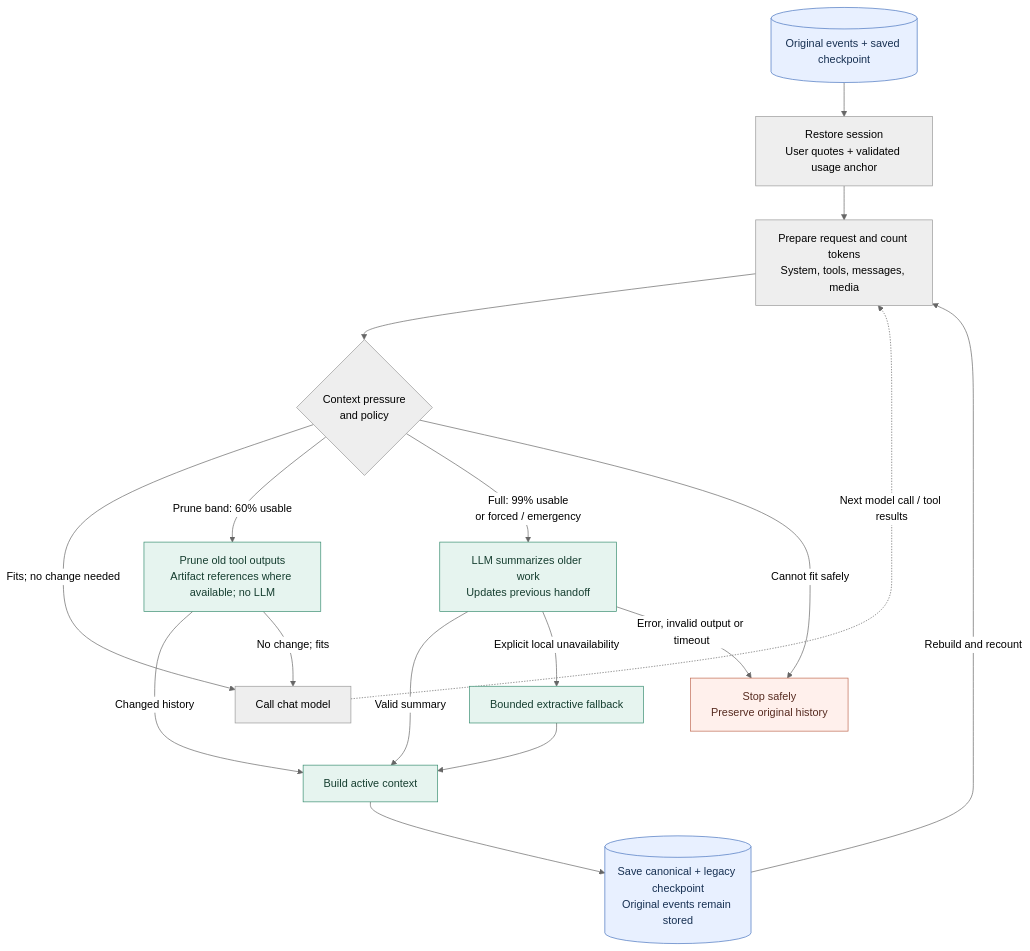
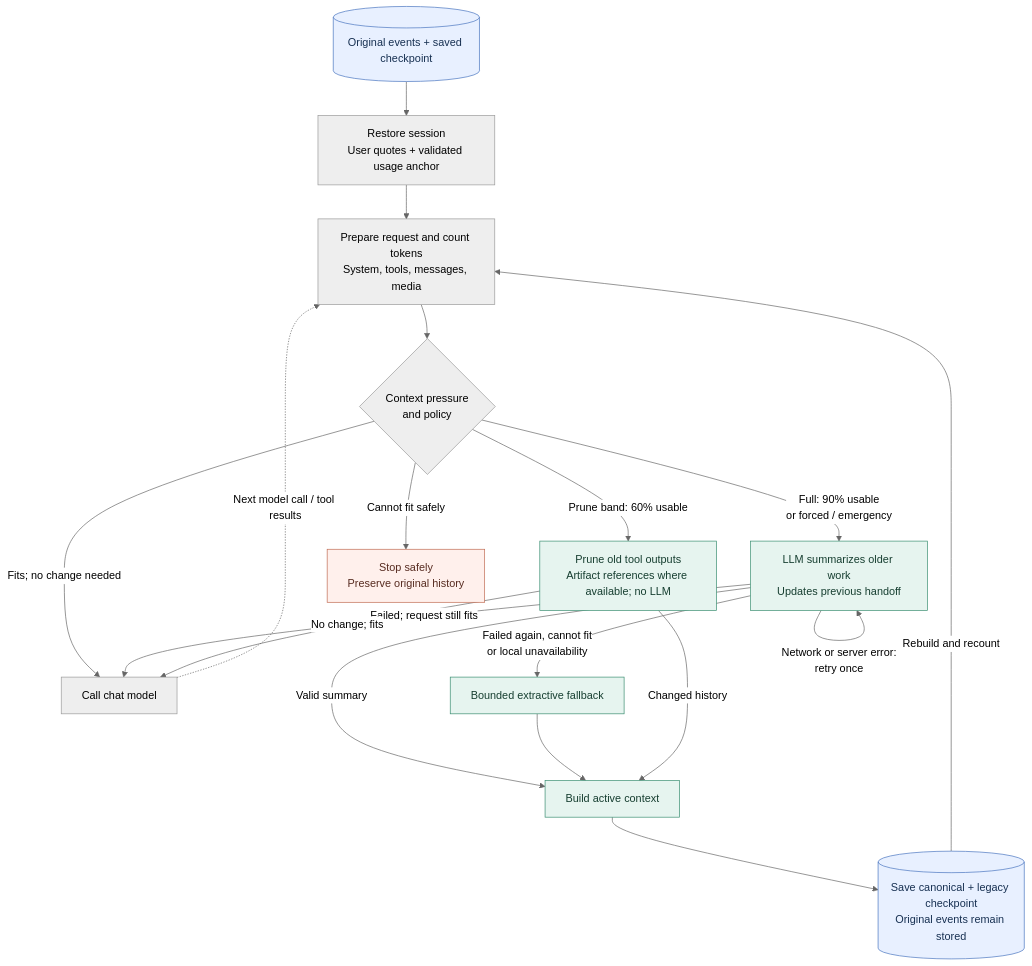
One commit to kashyaprajharsh/medha-agent changed the sixth of 8 diagrams in docs/WHAT_IS_MEDHA.md. Above: the diagram before and after it, drawn with Mermaid (neutral theme). The commit also changed other lines of this file and 129 other files, not shown here.

````diff
--- a/docs/WHAT_IS_MEDHA.md
+++ b/docs/WHAT_IS_MEDHA.md
@@ -1956,33 +1956,34 @@
 ```mermaid
 flowchart TD
     A[("Original events + saved checkpoint")]
     B["Restore session<br/>User quotes + validated usage anchor"]
     C["Prepare request and count tokens<br/>System, tools, messages, media"]
     D{"Context pressure<br/>and policy"}
 
     A --> B --> C --> D
 
     D -->|"Fits; no change needed"| SEND["Call chat model"]
     D -->|"Prune band: 60% usable"| P["Prune old tool outputs<br/>Artifact references where available; no LLM"]
-    D -->|"Full: 99% usable<br/>or forced / emergency"| S["LLM summarizes older work<br/>Updates previous handoff"]
+    D -->|"Full: 90% usable<br/>or forced / emergency"| S["LLM summarizes older work<br/>Updates previous handoff"]
 
+    S -->|"Network or server error:<br/>retry once"| S
     S -->|"Valid summary"| BUILD
-    S -->|"Explicit local unavailability"| F["Bounded extractive fallback"]
+    S -->|"Failed; request still fits"| SEND
+    S -->|"Failed again, cannot fit<br/>or local unavailability"| F["Bounded extractive fallback"]
     F --> BUILD
-    S -->|"Error, invalid output or timeout"| STOP["Stop safely<br/>Preserve original history"]
-    D -->|"Cannot fit safely"| STOP
+    D -->|"Cannot fit safely"| STOP["Stop safely<br/>Preserve original history"]
 
     P -->|"Changed history"| BUILD["Build active context"]
     P -->|"No change; fits"| SEND
 
     BUILD --> K[("Save canonical + legacy checkpoint<br/>Original events remain stored")]
     K -->|"Rebuild and recount"| C
     SEND -.->|"Next model call / tool results"| C
 
     classDef store fill:#e8f0ff,stroke:#4873bf,color:#173052
     classDef work fill:#e6f4ef,stroke:#388d70,color:#163e30
     classDef stop fill:#fff0ec,stroke:#bf6951,color:#572b20
     class A,K store
     class P,S,F,BUILD work
     class STOP stop
 ```
````
